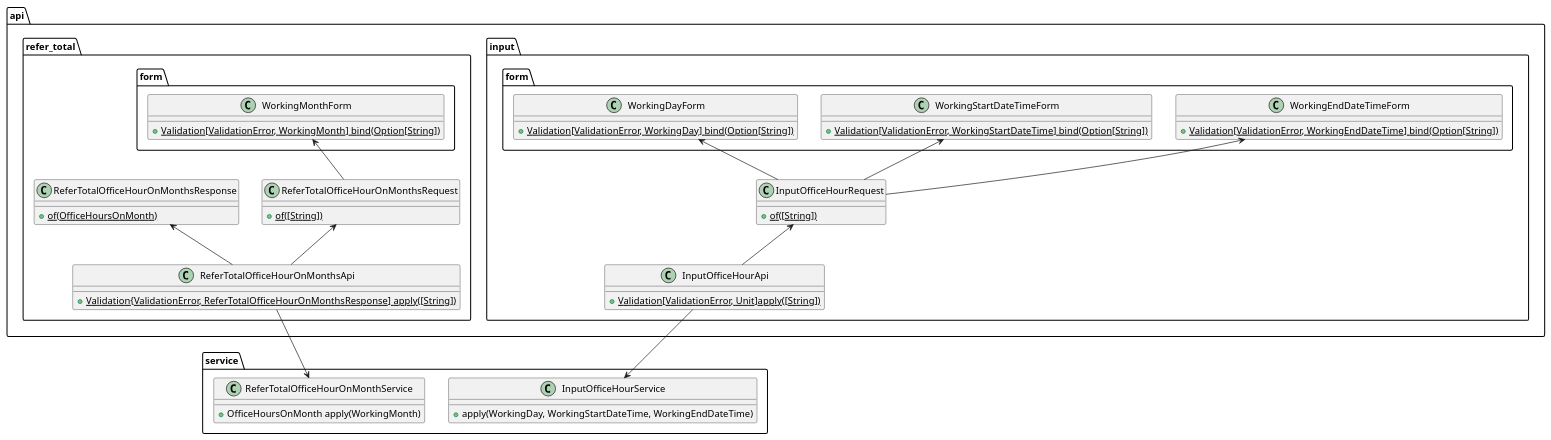
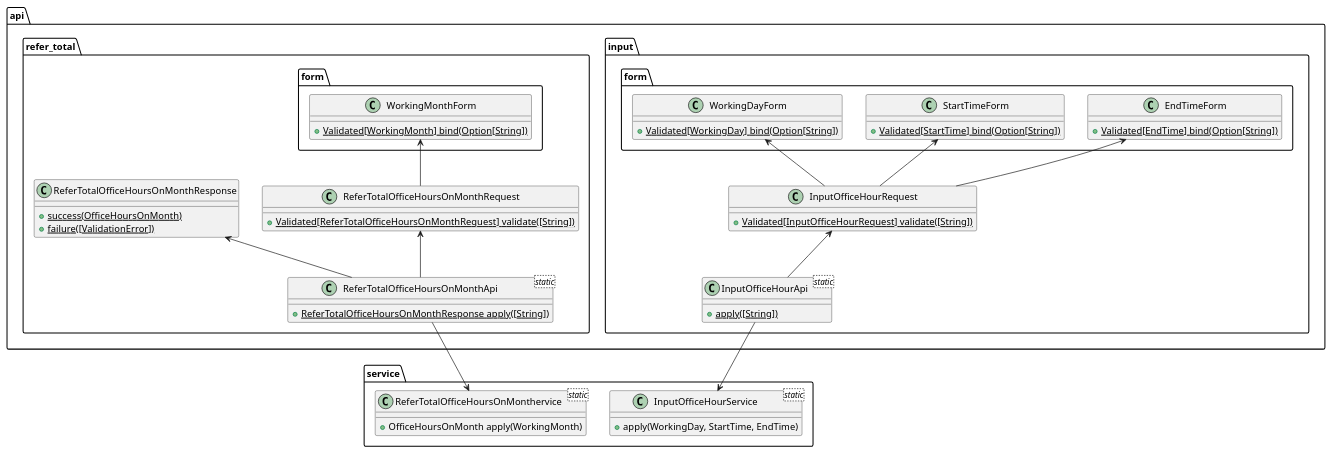
One commit to suzuki-hoge/kintai changed the diagram in 2017-07-scala/docs/layer.puml. Above: the diagram before and after it, drawn with PlantUML. The commit also changed 15 other files, not shown here.

```diff
--- a/2017-07-scala/docs/layer.puml
+++ b/2017-07-scala/docs/layer.puml
@@ -1,61 +1,62 @@
 @startuml
 
 namespace api {
   namespace input {
-    class InputOfficeHourApi {
-      + {static} Validation[ValidationError, Unit]apply([String])
+    class InputOfficeHourApi <static> {
+      + {static} apply([String])
     }
     class InputOfficeHourRequest {
-      + {static} of([String])
+      + {static} Validated[InputOfficeHourRequest] validate([String])
     }
     namespace form {
       class WorkingDayForm {
-        + {static} Validation[ValidationError, WorkingDay] bind(Option[String])
+        + {static} Validated[WorkingDay] bind(Option[String])
       }
-      class WorkingStartDateTimeForm {
-        + {static} Validation[ValidationError, WorkingStartDateTime] bind(Option[String])
+      class StartTimeForm {
+        + {static} Validated[StartTime] bind(Option[String])
       }
-      class WorkingEndDateTimeForm {
-        + {static} Validation[ValidationError, WorkingEndDateTime] bind(Option[String])
+      class EndTimeForm {
+        + {static} Validated[EndTime] bind(Option[String])
       }
     }
     api.input.InputOfficeHourApi -up-> api.input.InputOfficeHourRequest
     api.input.InputOfficeHourRequest -up-> api.input.form.WorkingDayForm
-    api.input.InputOfficeHourRequest -up-> api.input.form.WorkingStartDateTimeForm
-    api.input.InputOfficeHourRequest -up-> api.input.form.WorkingEndDateTimeForm
+    api.input.InputOfficeHourRequest -up-> api.input.form.StartTimeForm
+    api.input.InputOfficeHourRequest -up-> api.input.form.EndTimeForm
   }
 
   namespace refer_total {
-    class ReferTotalOfficeHourOnMonthsApi {
-      + {static} Validation{ValidationError, ReferTotalOfficeHourOnMonthsResponse] apply([String])
+    class ReferTotalOfficeHoursOnMonthApi <static> {
+      + {static} ReferTotalOfficeHoursOnMonthResponse apply([String])
     }
-    class ReferTotalOfficeHourOnMonthsRequest {
-      + {static} of([String])
+    class ReferTotalOfficeHoursOnMonthRequest {
+      + {static} Validated[ReferTotalOfficeHoursOnMonthRequest] validate([String])
     }
-    class ReferTotalOfficeHourOnMonthsResponse {
-      + {static} of(OfficeHoursOnMonth)
+    class ReferTotalOfficeHoursOnMonthResponse {
+      + {static} success(OfficeHoursOnMonth)
+      + {static} failure([ValidationError])
     }
     namespace form {
       class WorkingMonthForm {
-        + {static} Validation[ValidationError, WorkingMonth] bind(Option[String])
+        + {static} Validated[WorkingMonth] bind(Option[String])
       }
     }
-    api.refer_total.ReferTotalOfficeHourOnMonthsApi -up-> api.refer_total.ReferTotalOfficeHourOnMonthsRequest
-    api.refer_total.ReferTotalOfficeHourOnMonthsApi -up-> api.refer_total.ReferTotalOfficeHourOnMonthsResponse
-    api.refer_total.ReferTotalOfficeHourOnMonthsRequest -up-> api.refer_total.form.WorkingMonthForm
+    api.refer_total.ReferTotalOfficeHoursOnMonthApi -up-> api.refer_total.ReferTotalOfficeHoursOnMonthRequest
+    api.refer_total.ReferTotalOfficeHoursOnMonthApi -up-> api.refer_total.ReferTotalOfficeHoursOnMonthResponse
+    api.refer_total.ReferTotalOfficeHoursOnMonthRequest -up-> api.refer_total.form.WorkingMonthForm
   }
 }
 
 namespace service {
-  class InputOfficeHourService {
-    + apply(WorkingDay, WorkingStartDateTime, WorkingEndDateTime)
+  class InputOfficeHourService <static> {
+    + apply(WorkingDay, StartTime, EndTime)
   }
-  class ReferTotalOfficeHourOnMonthService {
+  class ReferTotalOfficeHoursOnMonthervice <static> {
     + OfficeHoursOnMonth apply(WorkingMonth)
   }
 }
 
 api.input.InputOfficeHourApi -down-> service.InputOfficeHourService
-api.refer_total.ReferTotalOfficeHourOnMonthsApi -down-> service.ReferTotalOfficeHourOnMonthService
+api.refer_total.ReferTotalOfficeHoursOnMonthApi -down-> service.ReferTotalOfficeHoursOnMonthervice
 
 @enduml
```
